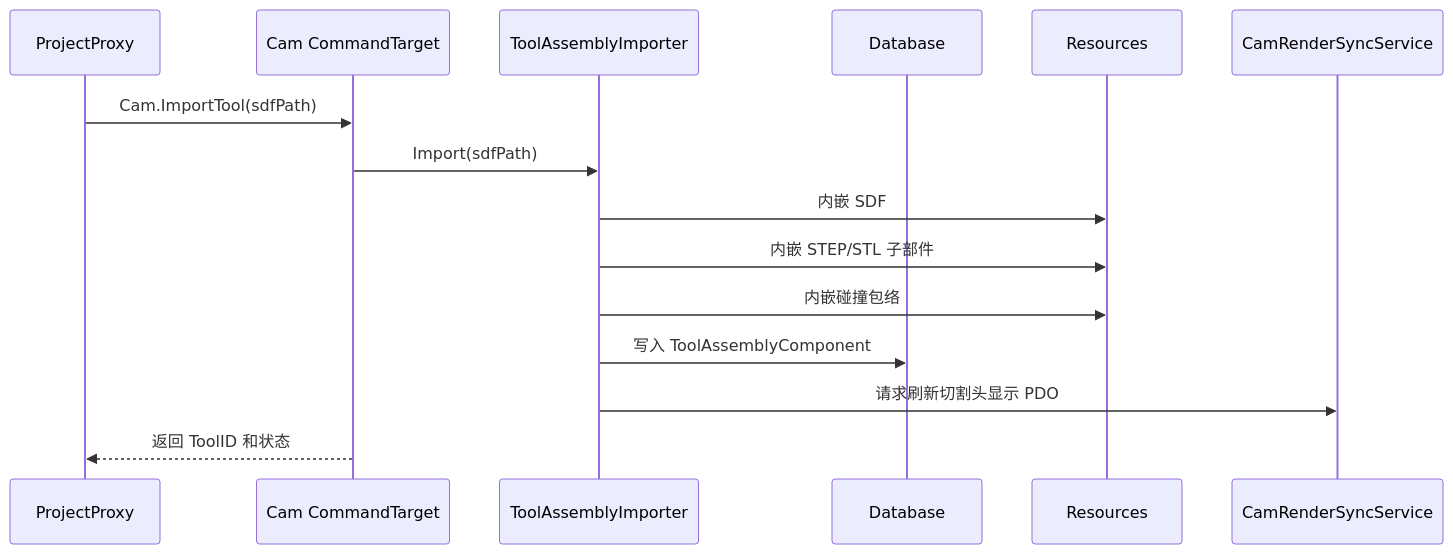
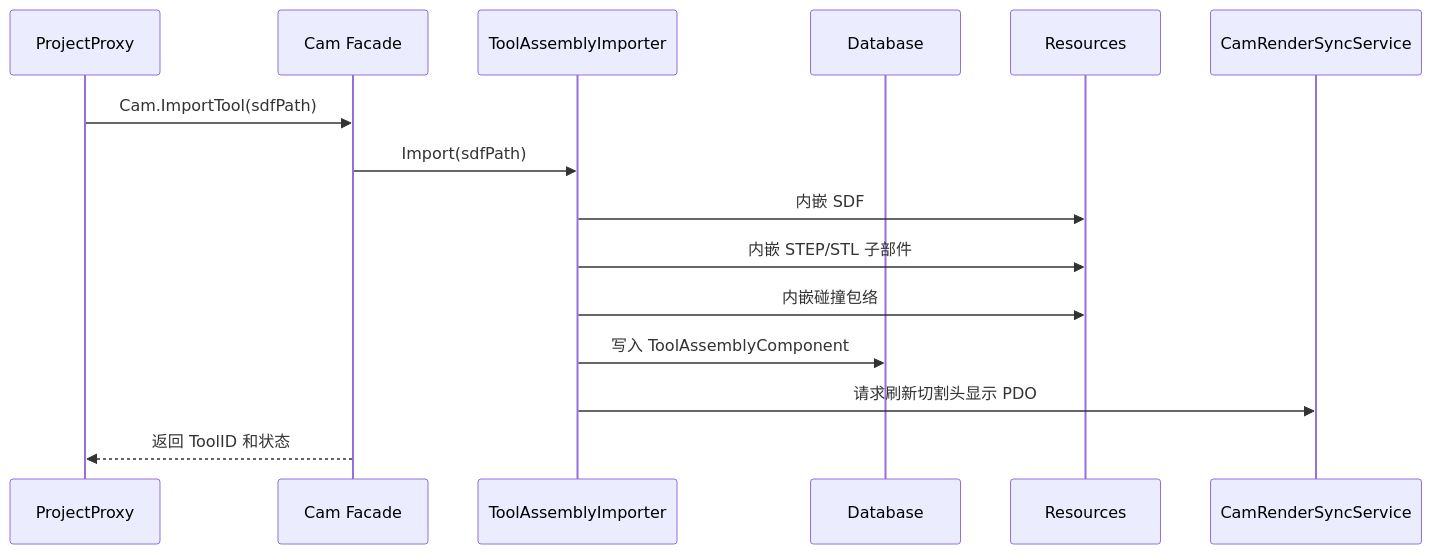
One commit to penguinchiang0609-ui/iCAX changed the second of 6 diagrams in doc/iCAX-Engine/Products/Laser3DCAM/三维线条切割CAM产品方案文档.md. Above: the diagram before and after it, drawn with Mermaid. The commit also changed other lines of this file and 308 other files, not shown here.

````diff
--- a/doc/iCAX-Engine/Products/Laser3DCAM/三维线条切割CAM产品方案文档.md
+++ b/doc/iCAX-Engine/Products/Laser3DCAM/三维线条切割CAM产品方案文档.md
@@ -823,18 +823,18 @@
 ```mermaid
 sequenceDiagram
     participant UI as ProjectProxy
-    participant Cmd as Cam CommandTarget
+    participant Cmd as Cam Facade
     participant Tool as ToolAssemblyImporter
     participant Repo as Database
     participant Res as Resources
     participant Render as CamRenderSyncService
 
     UI->>Cmd: Cam.ImportTool(sdfPath)
     Cmd->>Tool: Import(sdfPath)
     Tool->>Res: 内嵌 SDF
     Tool->>Res: 内嵌 STEP/STL 子部件
     Tool->>Res: 内嵌碰撞包络
     Tool->>Repo: 写入 ToolAssemblyComponent
     Tool->>Render: 请求刷新切割头显示 PDO
     Cmd-->>UI: 返回 ToolID 和状态
 ```
````
